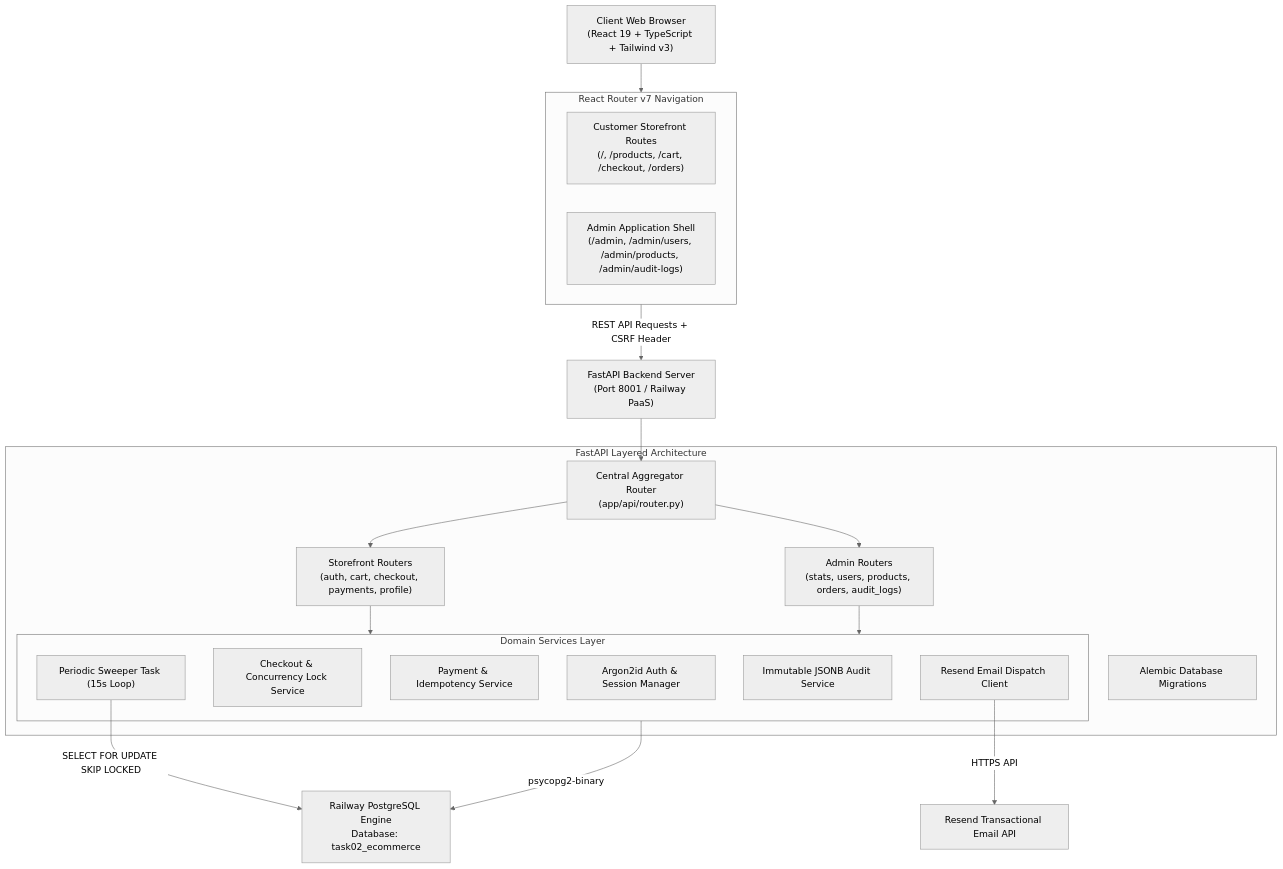
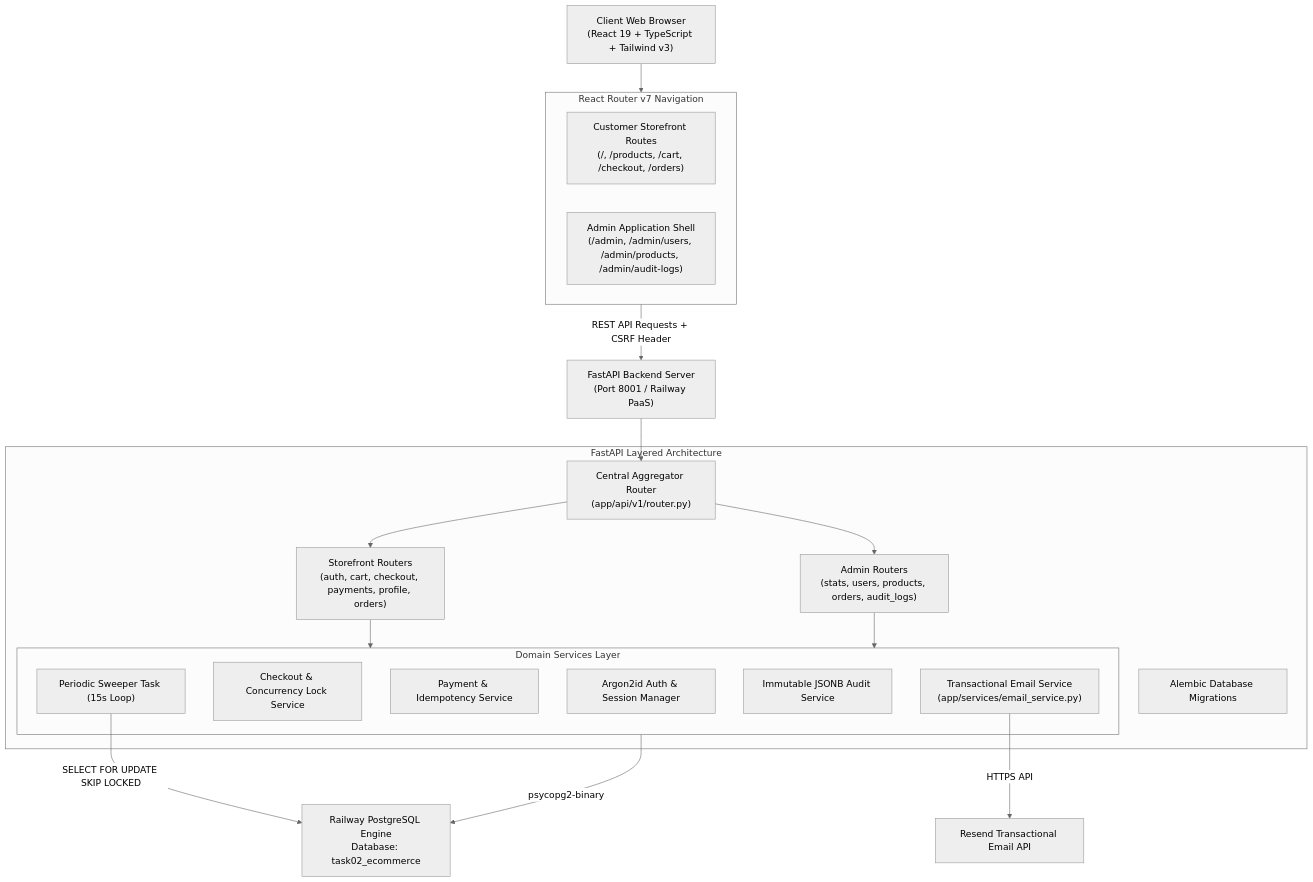
The eighth of 22 diagrams in README.md (arudkumaran19/pos-ecommerce-systems), drawn with Mermaid (neutral theme) before and after one commit. The commit also changed other lines of this file, not shown here.

````diff
--- a/README.md
+++ b/README.md
@@ -486,42 +516,42 @@
 ```mermaid
 graph TD
     Browser["Client Web Browser<br/>(React 19 + TypeScript + Tailwind v3)"]
     
     subgraph Routing ["React Router v7 Navigation"]
         StoreRoutes["Customer Storefront Routes<br/>(/, /products, /cart, /checkout, /orders)"]
         AdminShell["Admin Application Shell<br/>(/admin, /admin/users, /admin/products, /admin/audit-logs)"]
     end
 
     API["FastAPI Backend Server<br/>(Port 8001 / Railway PaaS)"]
 
     subgraph BackendLayers ["FastAPI Layered Architecture"]
-        Router["Central Aggregator Router<br/>(app/api/router.py)"]
-        StoreAPIs["Storefront Routers<br/>(auth, cart, checkout, payments, profile)"]
+        Router["Central Aggregator Router<br/>(app/api/v1/router.py)"]
+        StoreAPIs["Storefront Routers<br/>(auth, cart, checkout, payments, profile, orders)"]
         AdminAPIs["Admin Routers<br/>(stats, users, products, orders, audit_logs)"]
         
         subgraph Services ["Domain Services Layer"]
             AuthService["Argon2id Auth & Session Manager"]
             CheckoutService["Checkout & Concurrency Lock Service"]
             PaymentService["Payment & Idempotency Service"]
             SweeperService["Periodic Sweeper Task (15s Loop)"]
             AuditService["Immutable JSONB Audit Service"]
-            ResendService["Resend Email Dispatch Client"]
+            EmailService["Transactional Email Service<br/>(app/services/email_service.py)"]
         end
         
         Alembic["Alembic Database Migrations"]
     end
 
     Postgres["Railway PostgreSQL Engine<br/>Database: task02_ecommerce"]
     ResendCloud["Resend Transactional Email API"]
 
     Browser --> Routing
     Routing -->|REST API Requests + CSRF Header| API
     API --> Router
     Router --> StoreAPIs
     Router --> AdminAPIs
     StoreAPIs --> Services
     AdminAPIs --> Services
     Services -->|psycopg2-binary| Postgres
     SweeperService -->|SELECT FOR UPDATE SKIP LOCKED| Postgres
-    ResendService -->|HTTPS API| ResendCloud
+    EmailService -->|HTTPS API| ResendCloud
 ```
````
